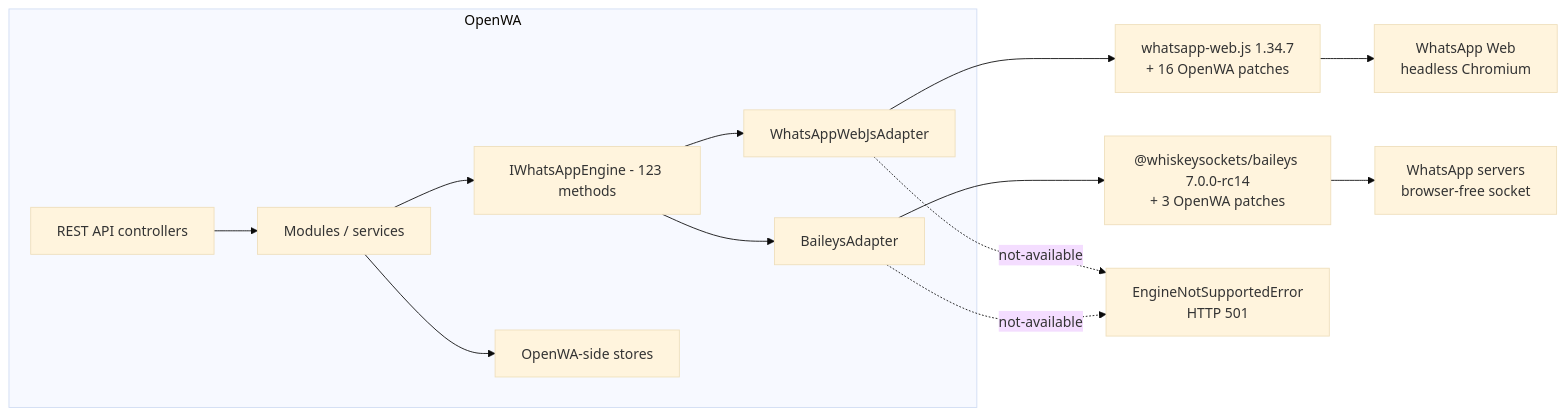
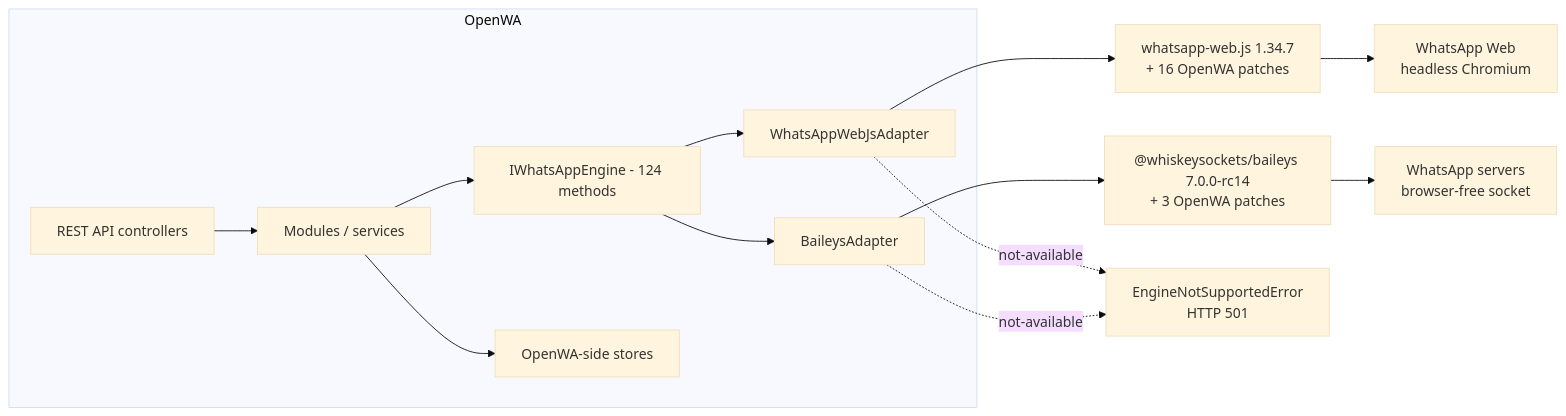
One commit to purnamcommunity/OpenWA changed the first of 2 diagrams in docs/29-engine-capability-matrix.md. Above: the diagram before and after it, drawn with Mermaid (base theme). The commit also changed other lines of this file and 27 other files, not shown here.

````diff
--- a/docs/29-engine-capability-matrix.md
+++ b/docs/29-engine-capability-matrix.md
@@ -44,16 +44,16 @@
 ```mermaid
 flowchart LR
     subgraph OpenWA["OpenWA"]
         API["REST API controllers"] --> SVC["Modules / services"]
-        SVC --> IF["IWhatsAppEngine - 123 methods"]
+        SVC --> IF["IWhatsAppEngine - 124 methods"]
         IF --> WA["WhatsAppWebJsAdapter"]
         IF --> BA["BaileysAdapter"]
         SVC --> STORE["OpenWA-side stores"]
     end
     WA --> WLIB["whatsapp-web.js 1.34.7<br/>+ 16 OpenWA patches"]
     BA --> BLIB["@whiskeysockets/baileys 7.0.0-rc14<br/>+ 3 OpenWA patches"]
     WLIB --> WEB["WhatsApp Web<br/>headless Chromium"]
     BLIB --> WAS["WhatsApp servers<br/>browser-free socket"]
     WA -.->|"not-available"| E["EngineNotSupportedError<br/>HTTP 501"]
     BA -.->|"not-available"| E
 ```
````
